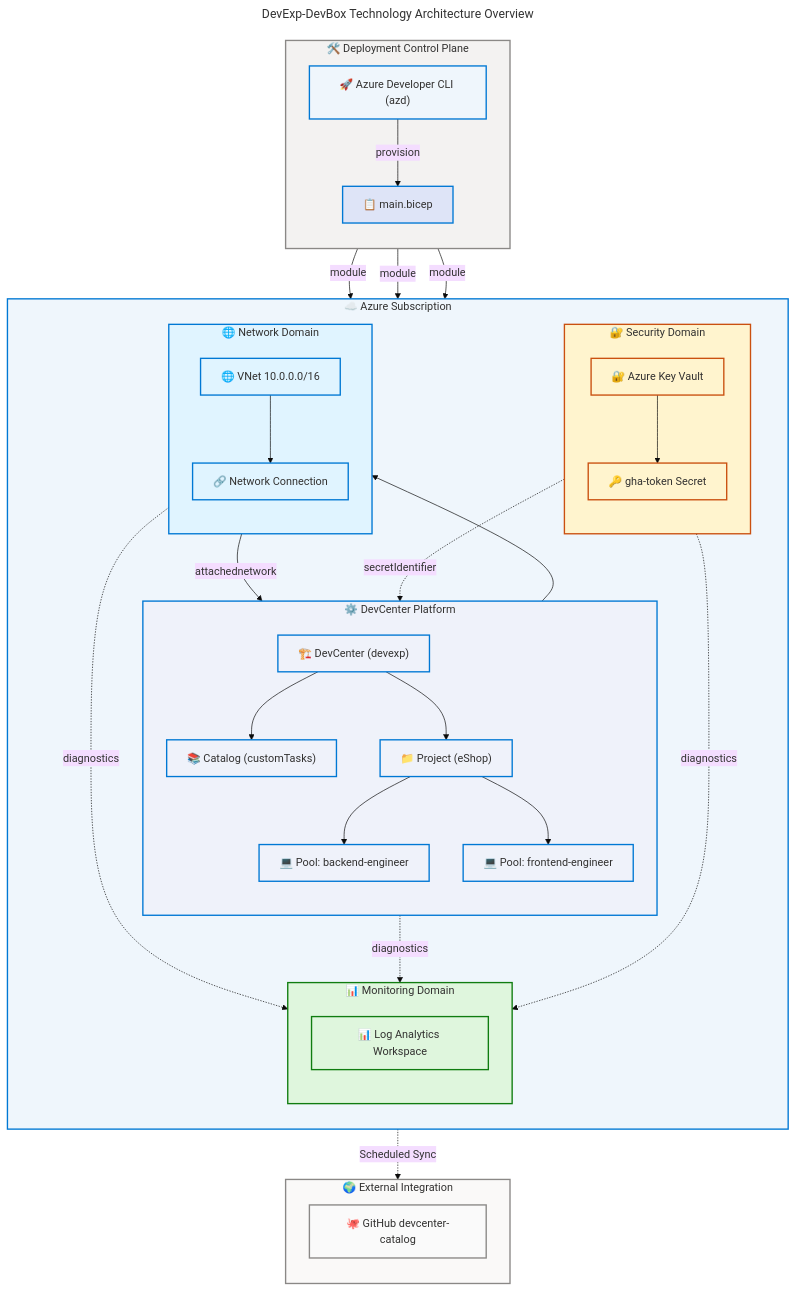
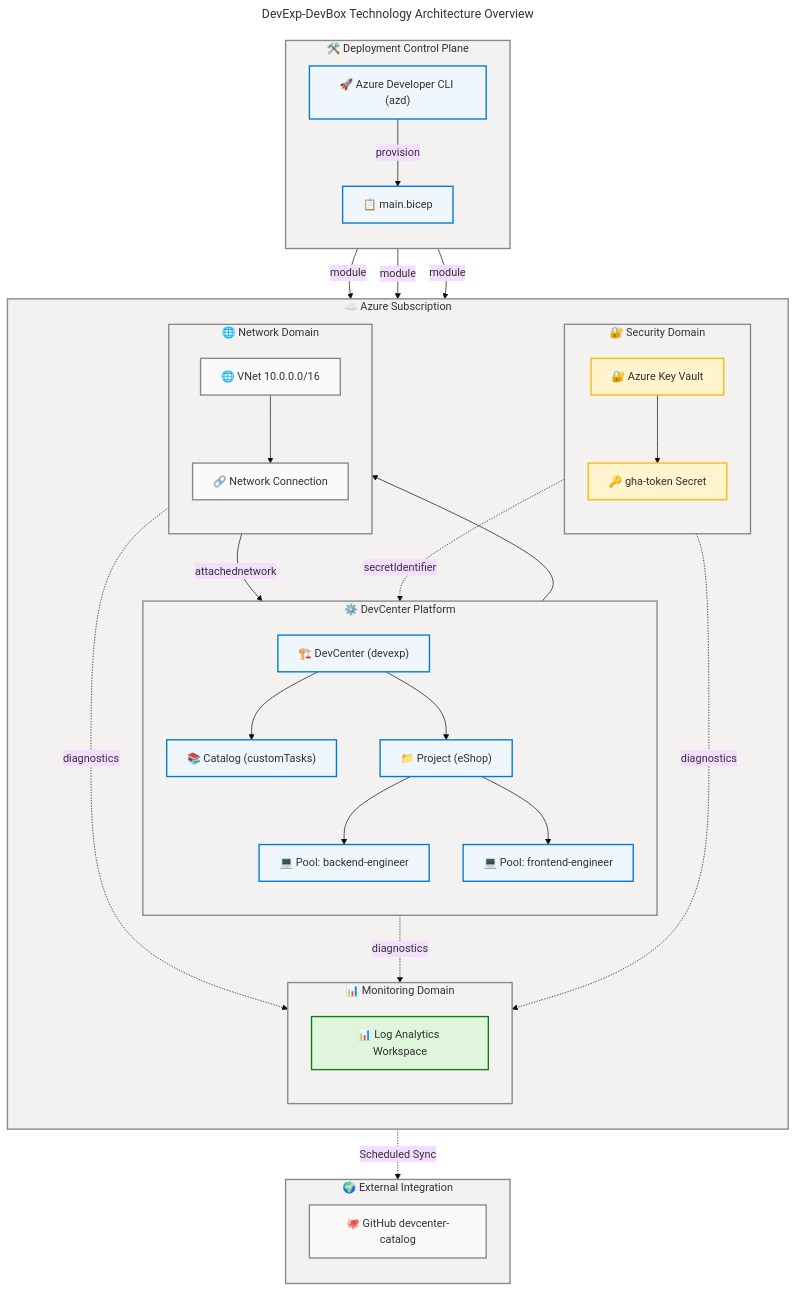
Before and after one commit to Evilazaro/DevExp-DevBox: the first of 8 diagrams in docs/architecture/tech-arch.md, drawn with Mermaid. The commit also changed other lines of this file and 1 other file, not shown here.

Commit message:
Update architecture diagrams for improved clarity, consistency, and WCAG AA compliance

````diff
--- a/docs/architecture/tech-arch.md
+++ b/docs/architecture/tech-arch.md
@@ -97,39 +97,39 @@
 
     subgraph DEP["🛠️ Deployment Control Plane"]
         direction TB
-        AZD["🚀 Azure Developer CLI (azd)"]:::tooling
-        MAIN["📋 main.bicep"]:::iac
+        AZD["🚀 Azure Developer CLI (azd)"]:::core
+        MAIN["📋 main.bicep"]:::core
     end
 
     subgraph AZ["☁️ Azure Subscription"]
         direction TB
         subgraph MON_D["📊 Monitoring Domain"]
             direction TB
-            LAW["📊 Log Analytics Workspace"]:::monitoring
+            LAW["📊 Log Analytics Workspace"]:::success
         end
         subgraph SEC_D["🔐 Security Domain"]
             direction TB
-            KV["🔐 Azure Key Vault"]:::security
-            SECRET["🔑 gha-token Secret"]:::security
+            KV["🔐 Azure Key Vault"]:::warning
+            SECRET["🔑 gha-token Secret"]:::warning
         end
         subgraph WL_D["⚙️ DevCenter Platform"]
             direction TB
-            DC["🏗️ DevCenter (devexp)"]:::platform
-            ECAT["📚 Catalog (customTasks)"]:::platform
-            PROJ["📁 Project (eShop)"]:::platform
-            POOL_BE["💻 Pool: backend-engineer"]:::platform
-            POOL_FE["💻 Pool: frontend-engineer"]:::platform
+            DC["🏗️ DevCenter (devexp)"]:::core
+            ECAT["📚 Catalog (customTasks)"]:::core
+            PROJ["📁 Project (eShop)"]:::core
+            POOL_BE["💻 Pool: backend-engineer"]:::core
+            POOL_FE["💻 Pool: frontend-engineer"]:::core
         end
         subgraph NET_D["🌐 Network Domain"]
             direction TB
-            VNET["🌐 VNet 10.0.0.0/16"]:::network
-            NETCONN["🔗 Network Connection"]:::network
+            VNET["🌐 VNet 10.0.0.0/16"]:::neutral
+            NETCONN["🔗 Network Connection"]:::neutral
         end
     end
 
     subgraph EXT["🌍 External Integration"]
         direction TB
-        GH["🐙 GitHub devcenter-catalog"]:::external
+        GH["🐙 GitHub devcenter-catalog"]:::neutral
     end
 
     AZD -->|"provision"| MAIN
@@ -151,18 +151,15 @@
     VNET -.->|"diagnostics"| LAW
 
     style DEP fill:#F3F2F1,stroke:#8A8886,stroke-width:2px,color:#323130
-    style AZ fill:#EFF6FC,stroke:#0078D4,stroke-width:2px,color:#323130
-    style MON_D fill:#DFF6DD,stroke:#107C10,stroke-width:2px,color:#323130
-    style SEC_D fill:#FFF4CE,stroke:#CA5010,stroke-width:2px,color:#323130
-    style WL_D fill:#EFF2FA,stroke:#0078D4,stroke-width:2px,color:#323130
-    style NET_D fill:#E0F4FF,stroke:#0078D4,stroke-width:2px,color:#323130
-    style EXT fill:#FAF9F8,stroke:#8A8886,stroke-width:2px,color:#323130
+    style AZ fill:#F3F2F1,stroke:#8A8886,stroke-width:2px,color:#323130
+    style MON_D fill:#F3F2F1,stroke:#8A8886,stroke-width:2px,color:#323130
+    style SEC_D fill:#F3F2F1,stroke:#8A8886,stroke-width:2px,color:#323130
+    style WL_D fill:#F3F2F1,stroke:#8A8886,stroke-width:2px,color:#323130
+    style NET_D fill:#F3F2F1,stroke:#8A8886,stroke-width:2px,color:#323130
+    style EXT fill:#F3F2F1,stroke:#8A8886,stroke-width:2px,color:#323130
 
-    classDef tooling fill:#EFF6FC,stroke:#0078D4,stroke-width:2px,color:#323130
-    classDef iac fill:#DEE4F7,stroke:#0078D4,stroke-width:2px,color:#323130
-    classDef monitoring fill:#DFF6DD,stroke:#107C10,stroke-width:2px,color:#323130
-    classDef security fill:#FFF4CE,stroke:#CA5010,stroke-width:2px,color:#323130
-    classDef platform fill:#EFF2FA,stroke:#0078D4,stroke-width:2px,color:#323130
-    classDef network fill:#E0F4FF,stroke:#0078D4,stroke-width:2px,color:#323130
-    classDef external fill:#FAFAFA,stroke:#8A8886,stroke-width:2px,color:#323130
+    classDef neutral  fill:#FAFAFA,stroke:#8A8886,stroke-width:2px,color:#323130
+    classDef core     fill:#EFF6FC,stroke:#0078D4,stroke-width:2px,color:#323130
+    classDef success  fill:#DFF6DD,stroke:#107C10,stroke-width:2px,color:#323130
+    classDef warning  fill:#FFF4CE,stroke:#FFB900,stroke-width:2px,color:#323130
 ```
````
